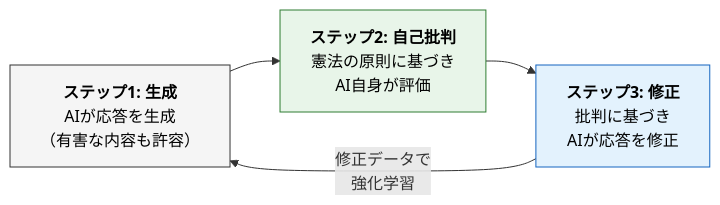
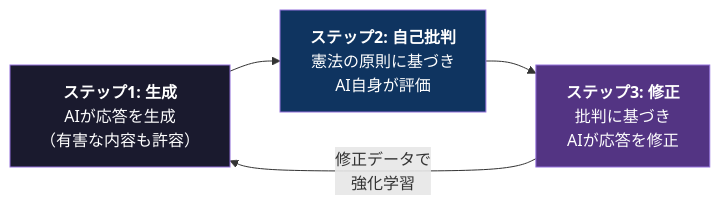
One commit to Leading-AI-IO/anatomy-of-anthropic changed the third of 14 diagrams in docs/jp/anatomy_of_anthropic_jp.md. Above: the diagram before and after it, drawn with Mermaid. The commit also changed other lines of this file, not shown here.

````diff
--- a/docs/jp/anatomy_of_anthropic_jp.md
+++ b/docs/jp/anatomy_of_anthropic_jp.md
@@ -212,10 +212,10 @@
 ```mermaid
 flowchart LR
     A["<b>ステップ1: 生成</b><br/>AIが応答を生成<br/>（有害な内容も許容）"] --> B["<b>ステップ2: 自己批判</b><br/>憲法の原則に基づき<br/>AI自身が評価"]
     B --> C["<b>ステップ3: 修正</b><br/>批判に基づき<br/>AIが応答を修正"]
     C -->|"修正データで<br/>強化学習"| A
 
-    style A fill:#f5f5f5,stroke:#333,color:#000
-    style B fill:#e8f5e9,stroke:#2e7d32,color:#000
-    style C fill:#e3f2fd,stroke:#1565c0,color:#000
+    style A fill:#1a1a2e,color:#fff
+    style B fill:#0f3460,color:#fff
+    style C fill:#533483,color:#fff
 ```
````
